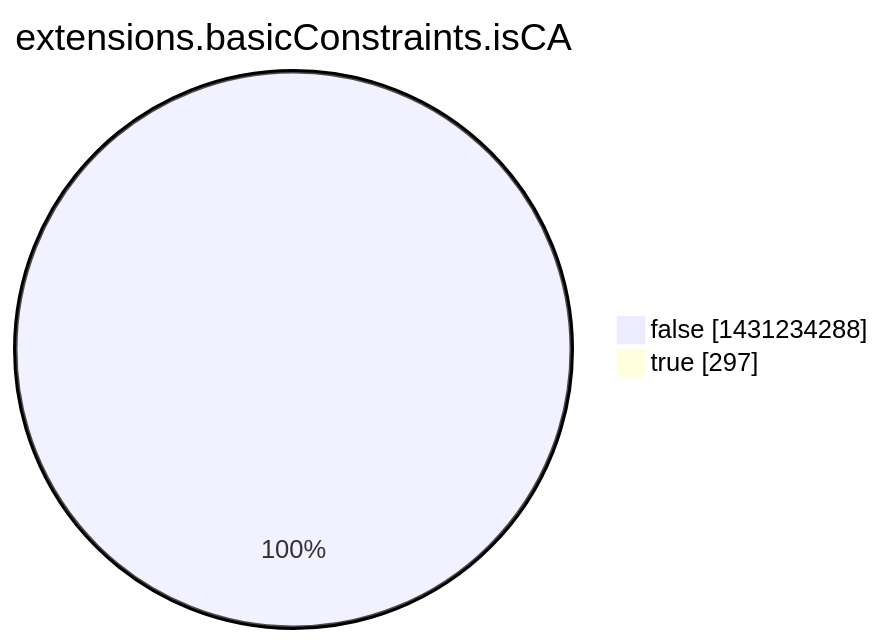
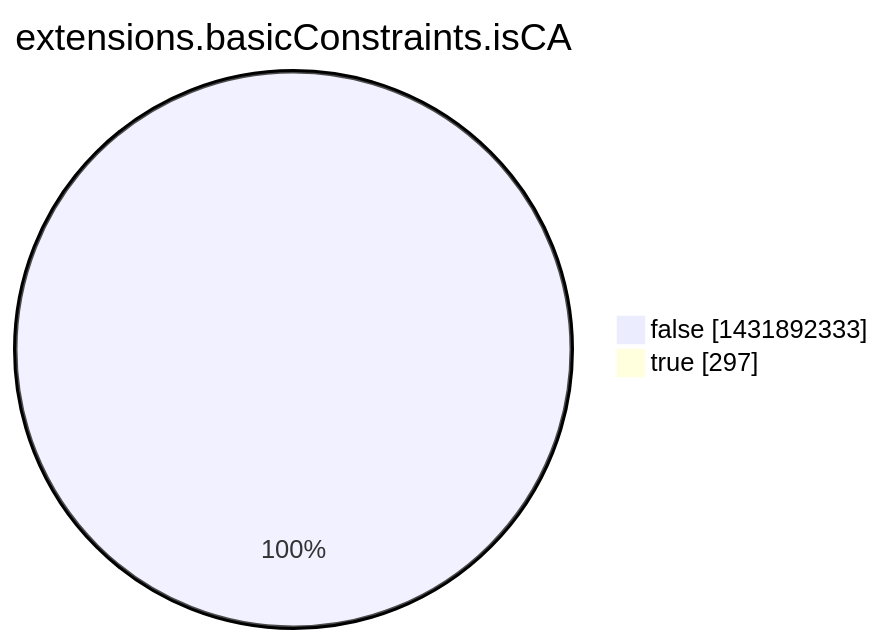
Before and after one commit to christiankrug/ctmonitor_visualization: the eighth of 15 diagrams in argon2022/README.md, drawn with Mermaid. The commit also changed other lines of this file, not shown here.

````diff
--- a/argon2022/README.md
+++ b/argon2022/README.md
@@ -2760,6 +2760,6 @@
 ```mermaid
 pie showData
 title extensions.basicConstraints.isCA
-"false" :1431234288
+"false" :1431892333
 "true" :297
 ```
````
